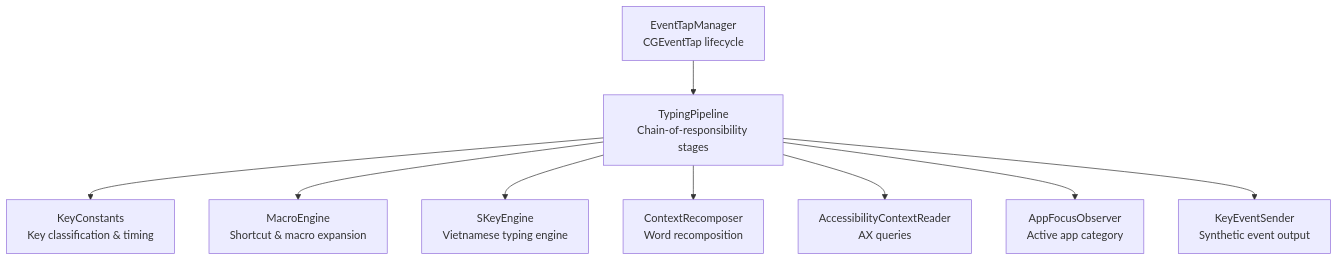
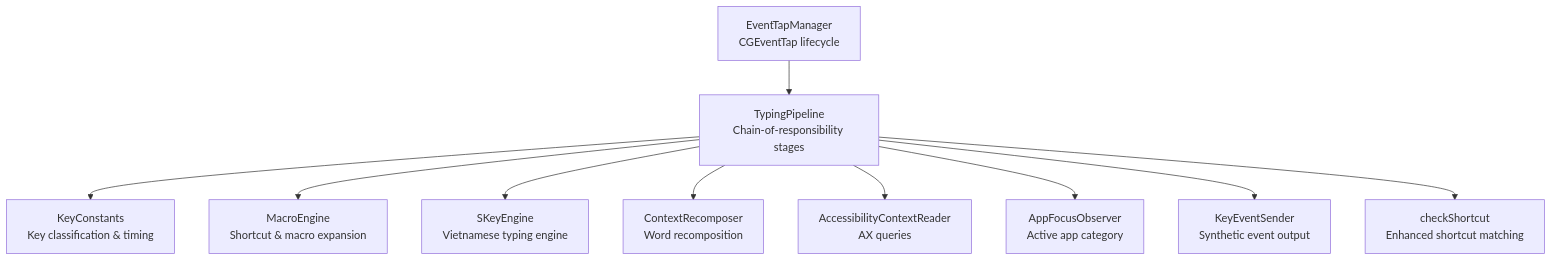
The first of 6 diagrams in .qoder/repowiki/en/content/macOS Application/Keyboard Event Handling/Keyboard Event Handling.md (Nam088/skey), drawn with Mermaid before and after one commit. The commit also changed other lines of this file and 84 other files, not shown here.

````diff
--- a/.qoder/repowiki/en/content/macOS Application/Keyboard Event Handling/Keyboard Event Handling.md
+++ b/.qoder/repowiki/en/content/macOS Application/Keyboard Event Handling/Keyboard Event Handling.md
@@ -50,11 +60,12 @@
 ```mermaid
 graph TB
 ET["EventTapManager<br/>CGEventTap lifecycle"] --> TP["TypingPipeline<br/>Chain-of-responsibility stages"]
 TP --> KE["KeyConstants<br/>Key classification & timing"]
 TP --> ME["MacroEngine<br/>Shortcut & macro expansion"]
 TP --> SE["SKeyEngine<br/>Vietnamese typing engine"]
 TP --> CR["ContextRecomposer<br/>Word recomposition"]
 TP --> ACR["AccessibilityContextReader<br/>AX queries"]
 TP --> AFO["AppFocusObserver<br/>Active app category"]
 TP --> KS["KeyEventSender<br/>Synthetic event output"]
+TP --> CS["checkShortcut<br/>Enhanced shortcut matching"]
 ```
````
